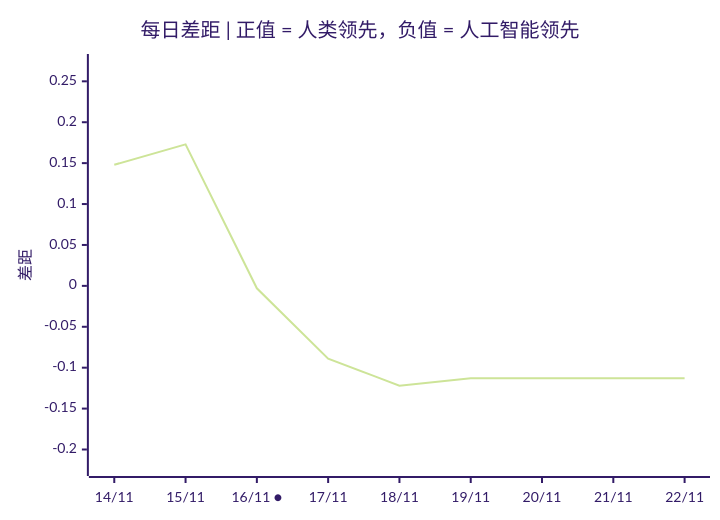
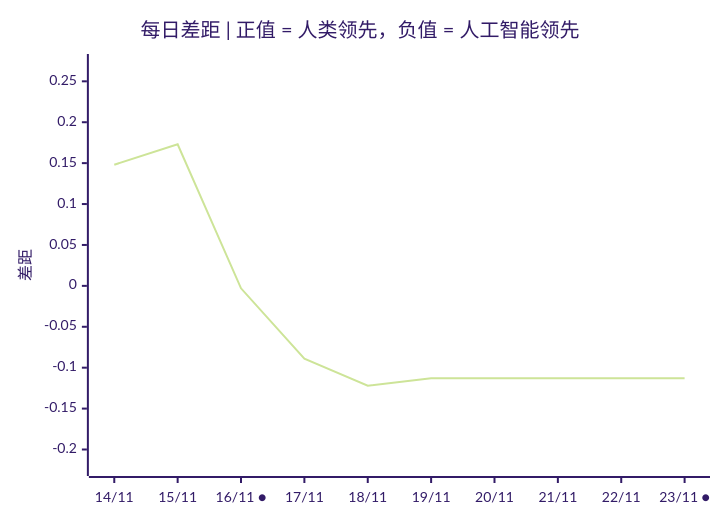
The third of 3 diagrams in README.zh.md (VQQLK/Human-AI-Monitor), drawn with Mermaid (forest theme) before and after one commit. The commit also changed other lines of this file and 8 other files, not shown here.

````diff
--- a/README.zh.md
+++ b/README.zh.md
@@ -56,7 +56,7 @@
 ```mermaid
 xychart-beta
     title "每日差距 | 正值 = 人类领先，负值 = 人工智能领先"
-    x-axis ["14/11", "15/11", "16/11 ●", "17/11", "18/11", "19/11", "20/11", "21/11", "22/11"]
+    x-axis ["14/11", "15/11", "16/11 ●", "17/11", "18/11", "19/11", "20/11", "21/11", "22/11", "23/11 ●"]
     y-axis "差距" -0.222 --> 0.273
-    line [0.148, 0.173, -0.003, -0.089, -0.122, -0.113, -0.113, -0.113, -0.113]
+    line [0.148, 0.173, -0.003, -0.089, -0.122, -0.113, -0.113, -0.113, -0.113, -0.113]
 ```
````
